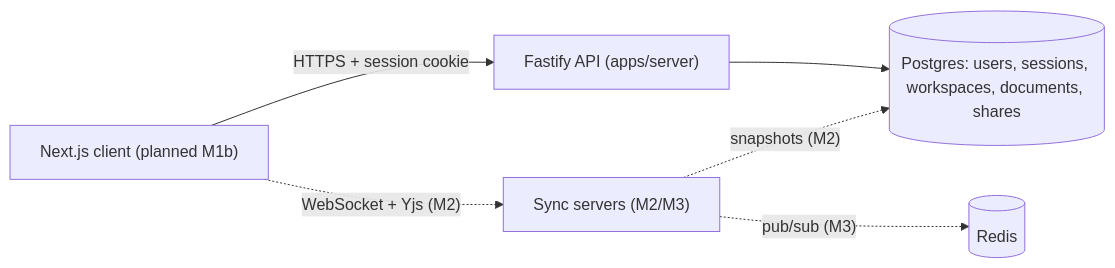
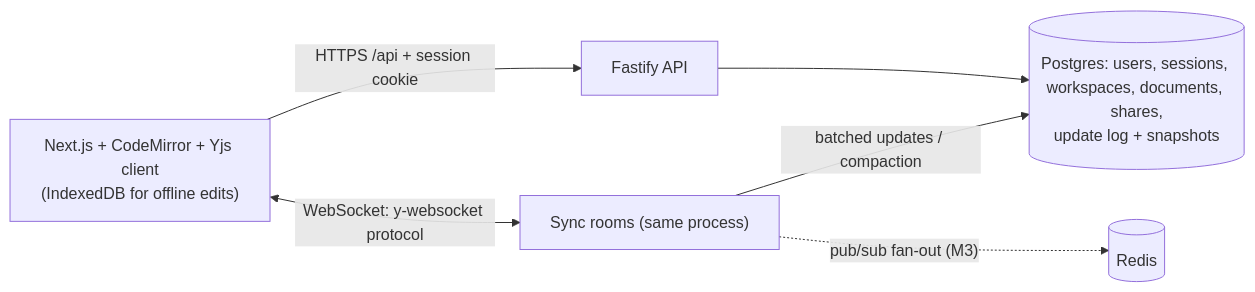
One commit to AurindumBanerjee/InkWell changed the diagram in README.md. Above: the diagram before and after it, drawn with Mermaid. The commit also changed other lines of this file and 7 other files, not shown here.

````diff
--- a/README.md
+++ b/README.md
@@ -9,8 +9,8 @@
 ```mermaid
 flowchart LR
-  Browser["Next.js client (planned M1b)"] -->|HTTPS + session cookie| API["Fastify API (apps/server)"]
-  API --> PG[("Postgres: users, sessions, workspaces, documents, shares")]
-  Browser -. "WebSocket + Yjs (M2)" .-> WS["Sync servers (M2/M3)"]
-  WS -. "pub/sub (M3)" .-> Redis[("Redis")]
-  WS -. "snapshots (M2)" .-> PG
+  Browser["Next.js + CodeMirror + Yjs client<br/>(IndexedDB for offline edits)"] -->|"HTTPS /api + session cookie"| API["Fastify API"]
+  Browser <-->|"WebSocket: y-websocket protocol"| WS["Sync rooms (same process)"]
+  API --> PG[("Postgres: users, sessions, workspaces, documents, shares,<br/>update log + snapshots")]
+  WS -->|"batched updates / compaction"| PG
+  WS -. "pub/sub fan-out (M3)" .-> Redis[("Redis")]
 ```
````
